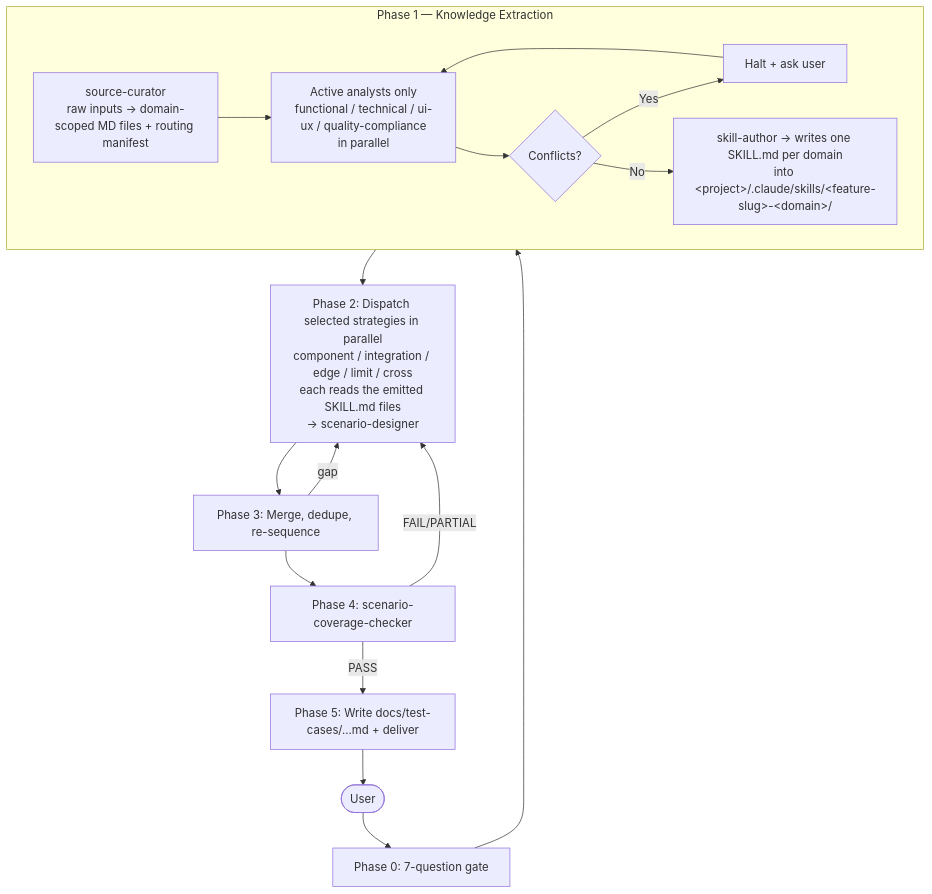
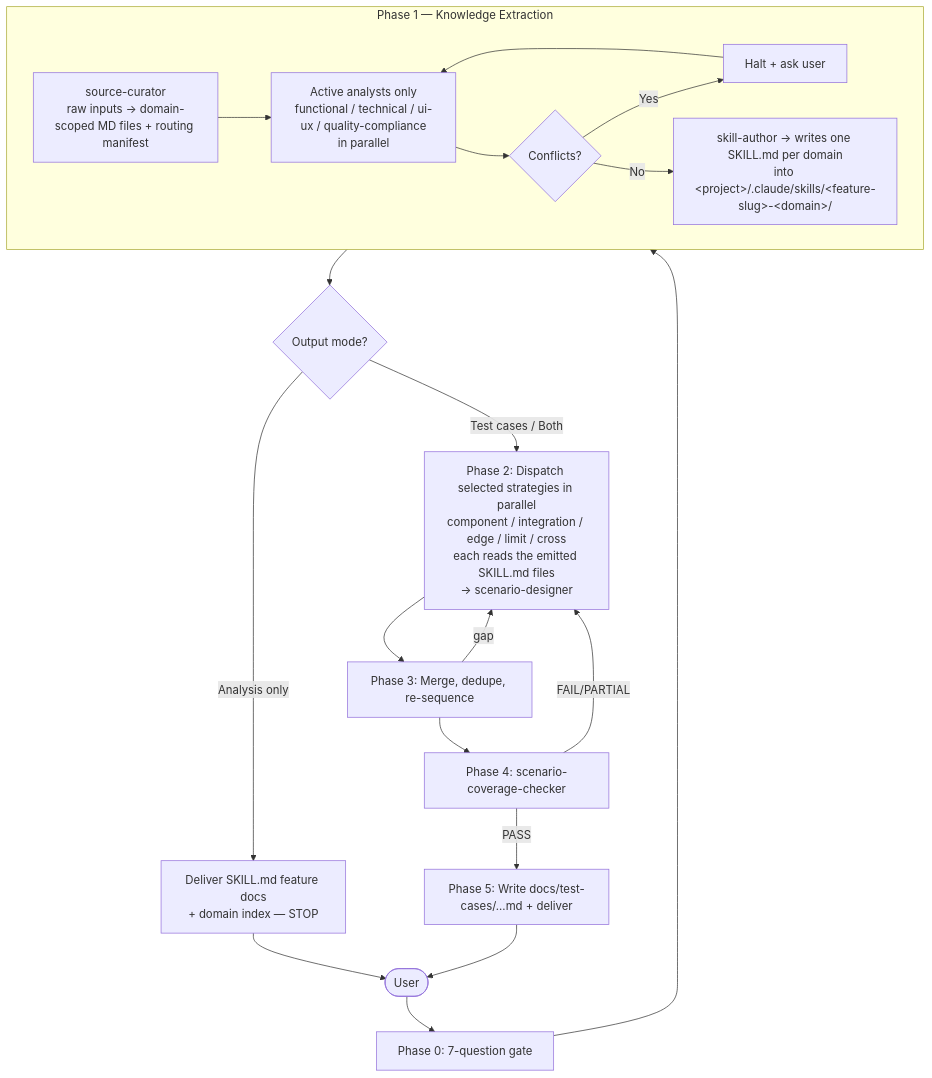
The diagram in plugins/test-case-generator/agents/test-case-generator.md (teforthewin/claude-plug-in-sandbox), drawn with Mermaid before and after one commit. The commit also changed other lines of this file and 5 other files, not shown here.

````diff
--- a/plugins/test-case-generator/agents/test-case-generator.md
+++ b/plugins/test-case-generator/agents/test-case-generator.md
@@ -50,19 +54,21 @@
 ```mermaid
 flowchart TD
     U([User]) --> P0[Phase 0: 7-question gate]
     P0 --> P1
 
     subgraph P1["Phase 1 — Knowledge Extraction"]
         SC[source-curator<br/>raw inputs → domain-scoped MD files + routing manifest] --> A[Active analysts only<br/>functional / technical / ui-ux / quality-compliance<br/>in parallel]
         A --> CF{Conflicts?}
         CF -->|Yes| HALT[Halt + ask user] --> A
         CF -->|No| SA[skill-author → writes one SKILL.md per domain<br/>into &lt;project&gt;/.claude/skills/&lt;feature-slug&gt;-&lt;domain&gt;/]
     end
 
-    P1 --> P2[Phase 2: Dispatch selected strategies in parallel<br/>component / integration / edge / limit / cross<br/>each reads the emitted SKILL.md files<br/>→ scenario-designer]
+    P1 --> MODE{Output mode?}
+    MODE -->|Analysis only| DELIVER1[Deliver SKILL.md feature docs<br/>+ domain index — STOP] --> U
+    MODE -->|Test cases / Both| P2[Phase 2: Dispatch selected strategies in parallel<br/>component / integration / edge / limit / cross<br/>each reads the emitted SKILL.md files<br/>→ scenario-designer]
     P2 --> P3[Phase 3: Merge, dedupe, re-sequence]
     P3 -->|gap| P2
     P3 --> P4[Phase 4: scenario-coverage-checker]
     P4 -->|FAIL/PARTIAL| P2
     P4 -->|PASS| P5[Phase 5: Write docs/test-cases/...md + deliver] --> U
 ```
````
